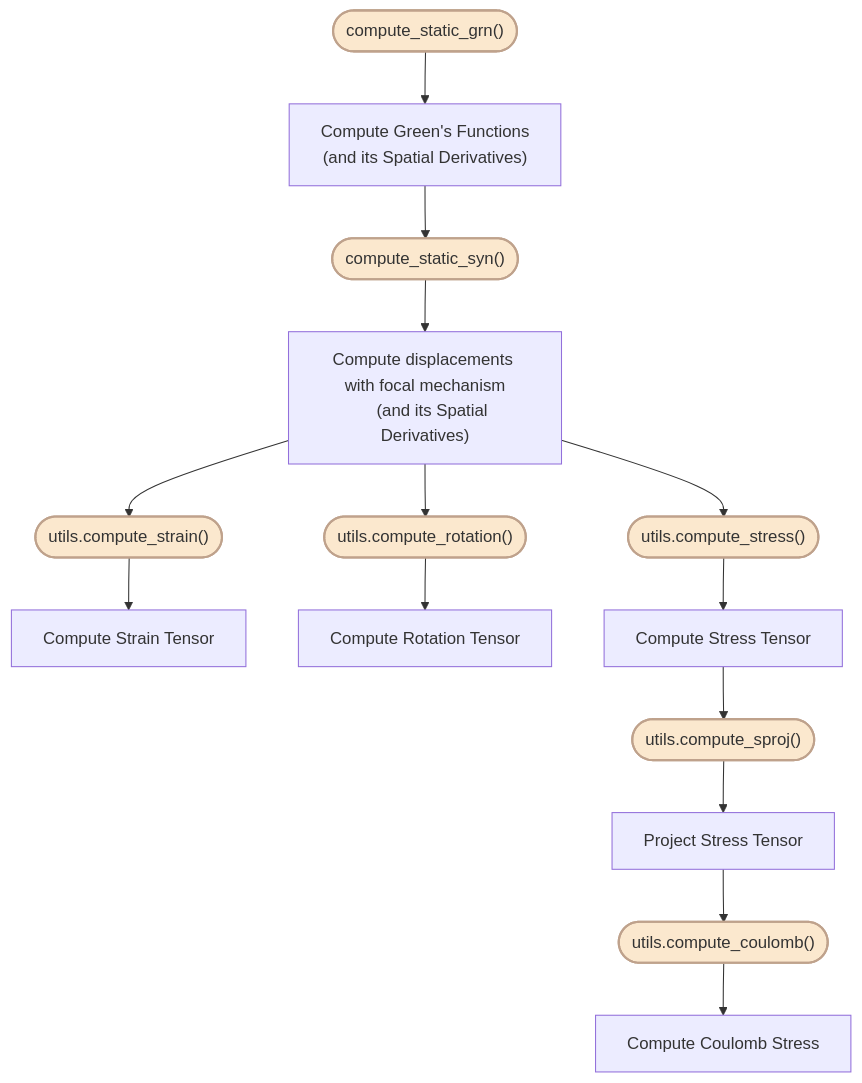
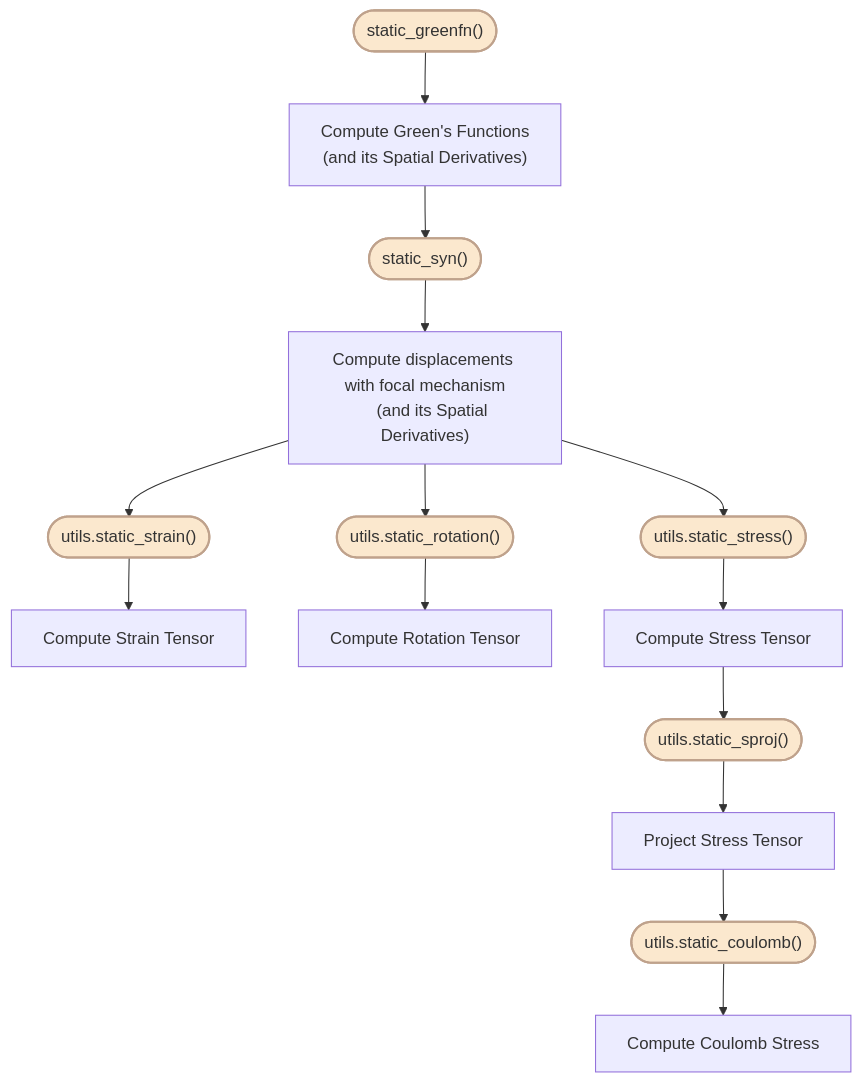
The first of 2 diagrams in docs/source/Tutorial/static/index.rst (Dengda98/PyGRT), drawn with Mermaid before and after one commit. The commit also changed 38 other files, not shown here.

```diff
--- a/docs/source/Tutorial/static/index.rst
+++ b/docs/source/Tutorial/static/index.rst
@@ -11,32 +11,32 @@
 .. mermaid::
 
     flowchart TB 
 
-        GG(["compute_static_grn()"])
-        SS(["compute_static_syn()"])
-        EE(["utils.compute_strain()"])
-        RR(["utils.compute_rotation()"])
-        TT(["utils.compute_stress()"])
-        SP(["utils.compute_sproj()"])
-        CO(["utils.compute_coulomb()"])
+        GG(["static_greenfn()"])
+        SS(["static_syn()"])
+        EE(["utils.static_strain()"])
+        RR(["utils.static_rotation()"])
+        TT(["utils.static_stress()"])
+        SP(["utils.static_sproj()"])
+        CO(["utils.static_coulomb()"])
 
         G["Compute Green's Functions
         (and its Spatial Derivatives)"]
         S["Compute displacements with focal mechanism
         (and its Spatial Derivatives)"]
         E["Compute Strain Tensor"]
         R["Compute Rotation Tensor"]
         T["Compute Stress Tensor"]
         P["Project Stress Tensor"]
         C["Compute Coulomb Stress"]
 
         GG --> G
         G --> SS --> S
         S --> EE --> E
         S --> RR --> R
         S --> TT --> T
         T --> SP --> P
         P --> CO --> C
         
         classDef cmdcls fill:#FBE8CE,stroke:#BFA28C,stroke-width:2px,color:#333;
         class GG,SS,EE,RR,TT,SP,CO cmdcls
```
